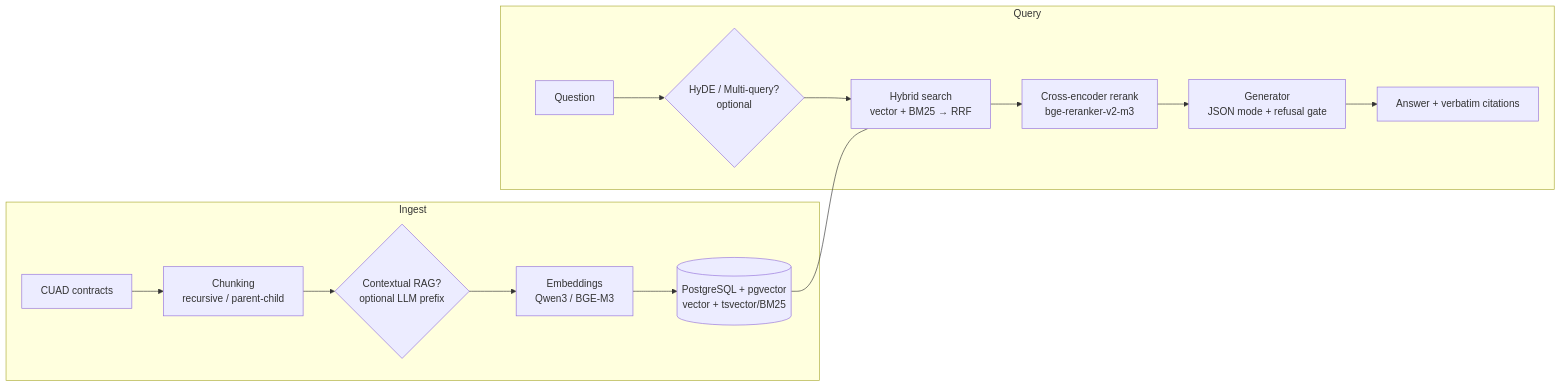
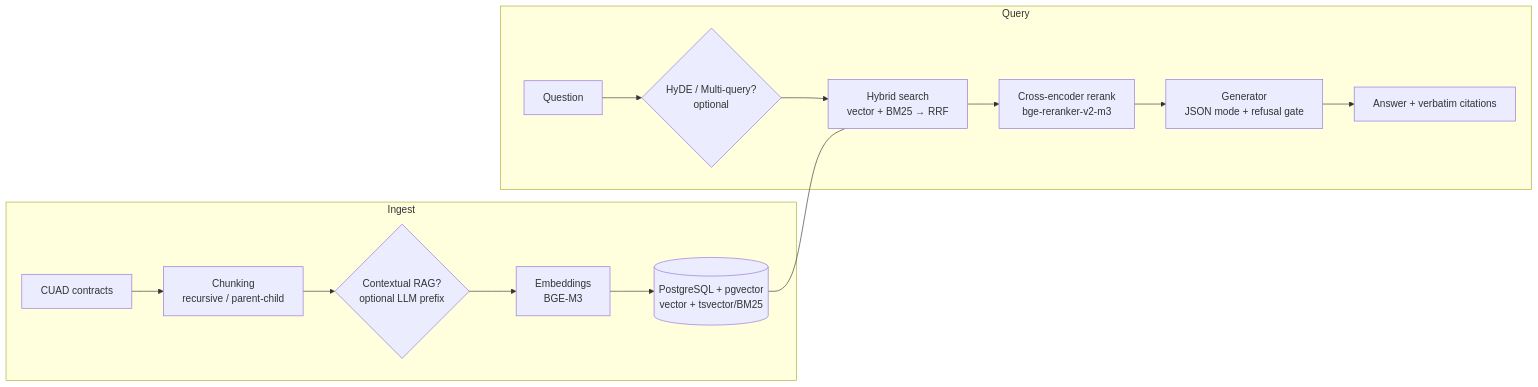
The diagram in README.md (sangowu/lex-rag), drawn with Mermaid before and after one commit. The commit also changed other lines of this file and 1 other file, not shown here.

First line of the commit message:
docs: README 对齐当前系统——数字、模型、Roadmap 全部停在两次迁移之前 (#41)

````diff
--- a/README.md
+++ b/README.md
@@ -42,19 +58,19 @@
 ```mermaid
 flowchart LR
     subgraph Ingest
         A[CUAD contracts] --> B[Chunking<br/>recursive / parent-child]
         B --> C{Contextual RAG?<br/>optional LLM prefix}
-        C --> D[Embeddings<br/>Qwen3 / BGE-M3]
+        C --> D[Embeddings<br/>BGE-M3]
         D --> E[(PostgreSQL + pgvector<br/>vector + tsvector/BM25)]
     end
 
     subgraph Query
         Q[Question] --> R{HyDE / Multi-query?<br/>optional}
         R --> S[Hybrid search<br/>vector + BM25 → RRF]
         S --> T[Cross-encoder rerank<br/>bge-reranker-v2-m3]
         T --> U[Generator<br/>JSON mode + refusal gate]
         U --> V[Answer + verbatim citations]
     end
 
     E --- S
 ```
````
